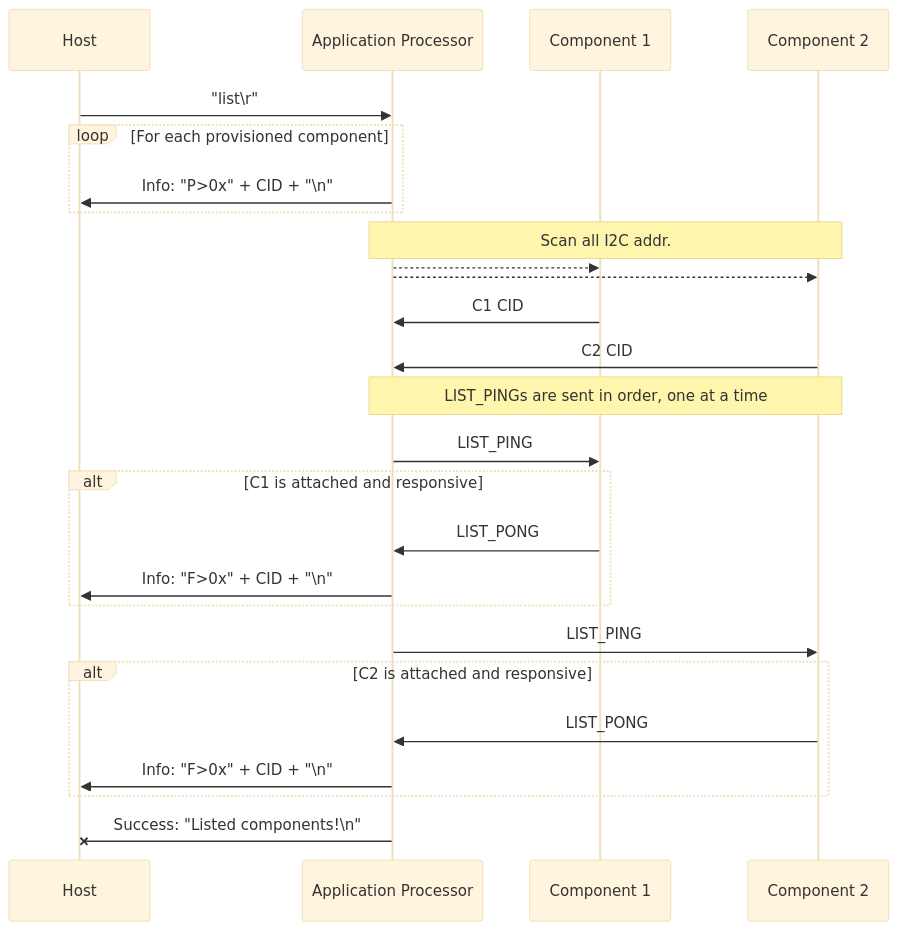
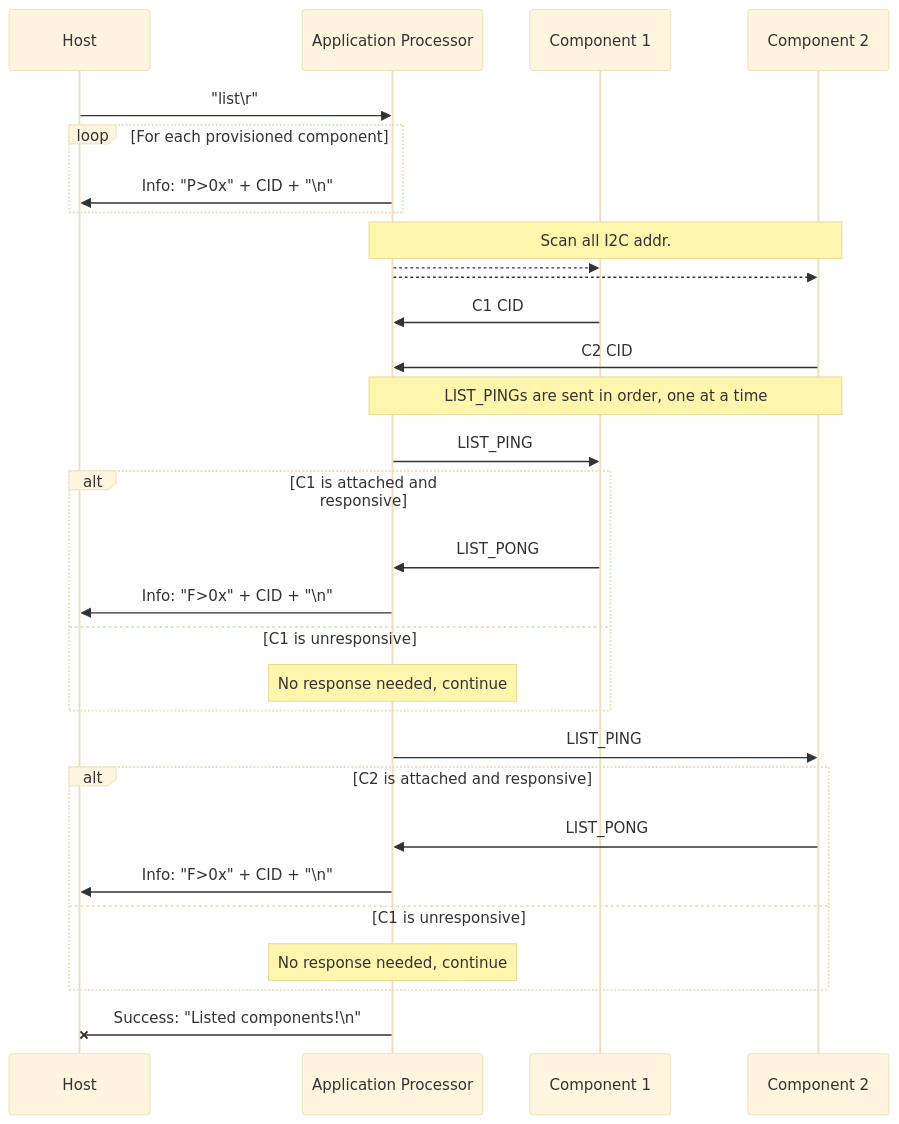
Before and after one commit to sigpwny/2024-ectf-uiuc: the first of 4 diagrams in docs/misc_protocol.md, drawn with Mermaid (base theme).

````diff
--- a/docs/misc_protocol.md
+++ b/docs/misc_protocol.md
@@ -14,28 +14,32 @@
 ```mermaid
 sequenceDiagram
   participant H as Host
   participant AP as Application Processor
   participant C1 as Component 1
   participant C2 as Component 2
   H ->> AP: "list\r"
   loop For each provisioned component
     AP ->> H: Info: "P>0x" + CID + "\n"
   end
   Note over AP,C2: Scan all I2C addr.
   AP -->> C1: 
   AP -->> C2: 
   C1 ->> AP: C1 CID
   C2 ->> AP: C2 CID
   Note over AP, C2: LIST_PINGs are sent in order, one at a time
   AP ->> C1: LIST_PING
   alt C1 is attached and responsive
     C1 ->> AP: LIST_PONG
     AP ->> H: Info: "F>0x" + CID + "\n"
+  else C1 is unresponsive
+    Note over AP: No response needed, continue
   end
   AP ->> C2: LIST_PING
   alt C2 is attached and responsive
     C2 ->> AP: LIST_PONG
     AP ->> H: Info: "F>0x" + CID + "\n"
+  else C1 is unresponsive
+    Note over AP: No response needed, continue
   end
   AP -x H: Success: "Listed components!\n"
 ```
````
